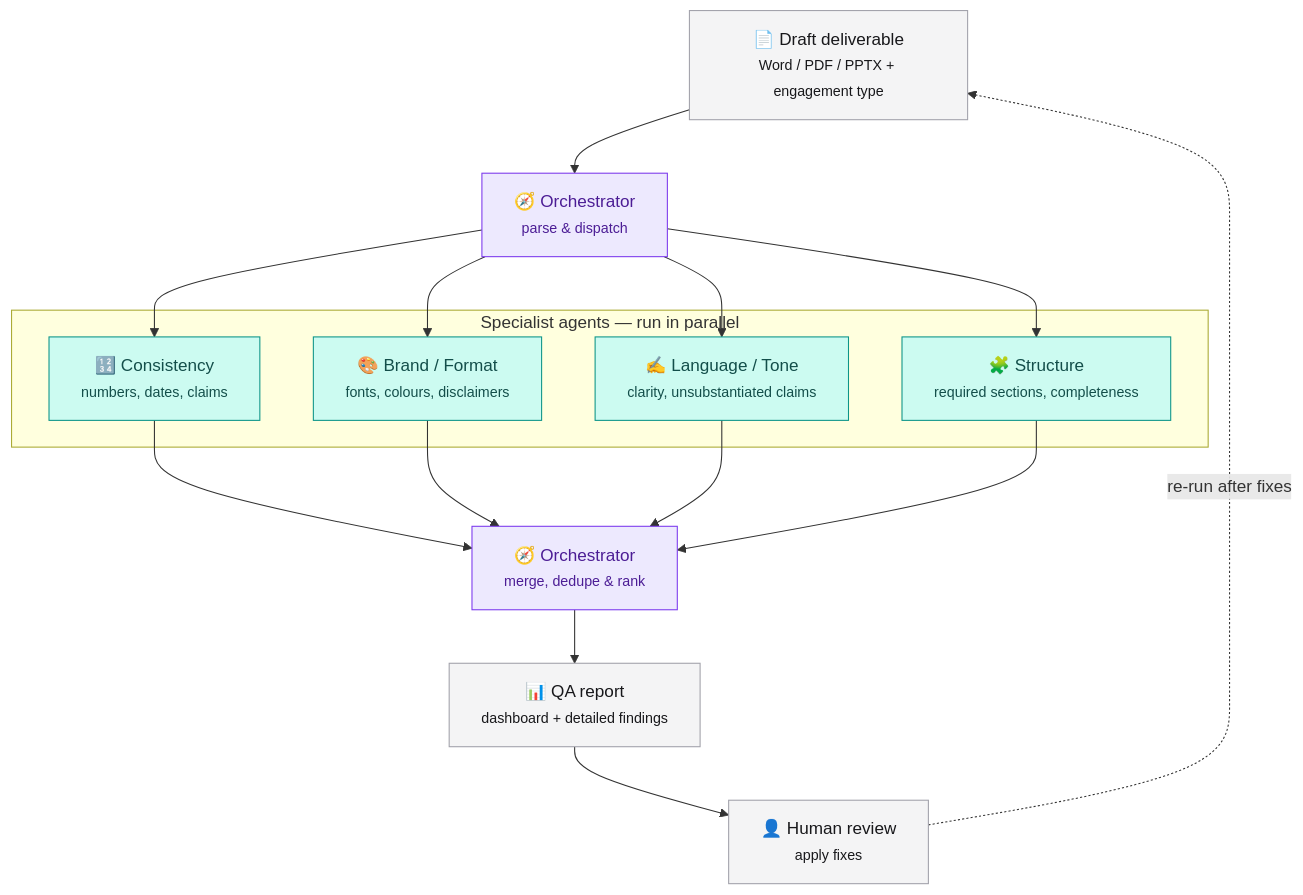
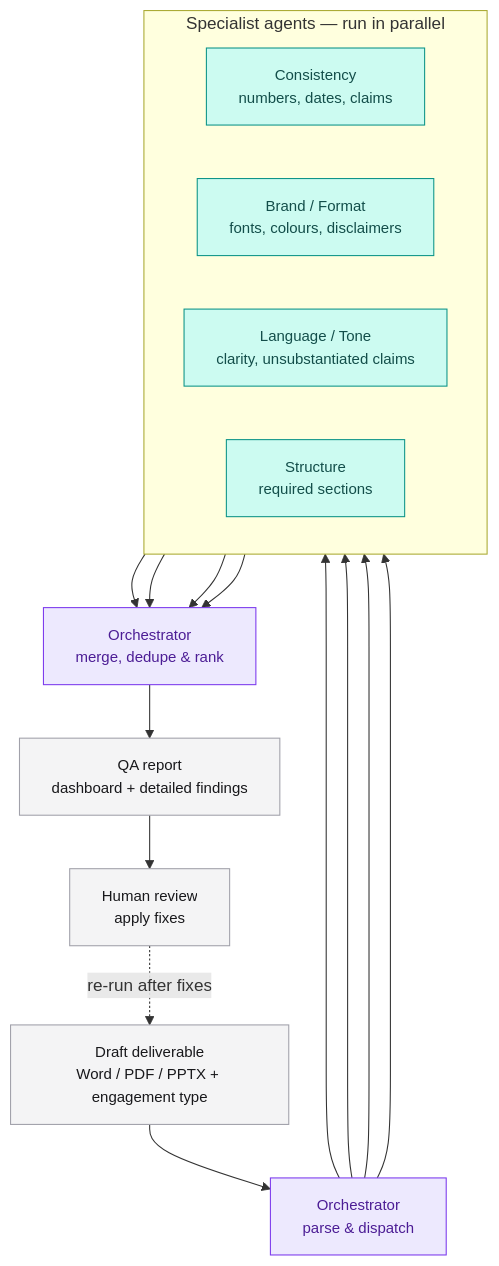
Before and after one commit to arifbazli/deliverableqa-agent: the diagram in README.md, drawn with Mermaid.

Commit message:
Fix diagram text clipping in README

````diff
--- a/README.md
+++ b/README.md
@@ -24,35 +24,36 @@
 ```mermaid
 flowchart TD
-    A["📄 Draft deliverable<br/><small>Word / PDF / PPTX + engagement type</small>"] --> B
+    A["Draft deliverable<br/>Word / PDF / PPTX + engagement type"] --> B
 
-    B["🧭 Orchestrator<br/><small>parse & dispatch</small>"] --> C1
+    B["Orchestrator<br/>parse & dispatch"] --> C1
     B --> C2
     B --> C3
     B --> C4
 
-    subgraph agents ["Specialist agents — run in parallel"]
-        C1["🔢 Consistency<br/><small>numbers, dates, claims</small>"]
-        C2["🎨 Brand / Format<br/><small>fonts, colours, disclaimers</small>"]
-        C3["✍️ Language / Tone<br/><small>clarity, unsubstantiated claims</small>"]
-        C4["🧩 Structure<br/><small>required sections, completeness</small>"]
+    subgraph agents [" Specialist agents — run in parallel "]
+        direction LR
+        C1["Consistency<br/>numbers, dates, claims"]
+        C2["Brand / Format<br/>fonts, colours, disclaimers"]
+        C3["Language / Tone<br/>clarity, unsubstantiated claims"]
+        C4["Structure<br/>required sections"]
     end
 
     C1 --> D
     C2 --> D
     C3 --> D
     C4 --> D
 
-    D["🧭 Orchestrator<br/><small>merge, dedupe & rank</small>"] --> E
-    E["📊 QA report<br/><small>dashboard + detailed findings</small>"] --> F
-    F["👤 Human review<br/><small>apply fixes</small>"] -.->|re-run after fixes| A
+    D["Orchestrator<br/>merge, dedupe & rank"] --> E
+    E["QA report<br/>dashboard + detailed findings"] --> F
+    F["Human review<br/>apply fixes"] -.->|re-run after fixes| A
 
-    classDef input fill:#f4f4f5,stroke:#a1a1aa,color:#18181b
-    classDef control fill:#ede9fe,stroke:#7c3aed,color:#4c1d95
-    classDef agent fill:#ccfbf1,stroke:#0d9488,color:#134e4a
-    classDef output fill:#f4f4f5,stroke:#a1a1aa,color:#18181b
+    classDef input fill:#f4f4f5,stroke:#a1a1aa,color:#18181b,font-size:14px
+    classDef control fill:#ede9fe,stroke:#7c3aed,color:#4c1d95,font-size:14px
+    classDef agent fill:#ccfbf1,stroke:#0d9488,color:#134e4a,font-size:14px
+    classDef output fill:#f4f4f5,stroke:#a1a1aa,color:#18181b,font-size:14px
 
     class A input
     class B,D control
     class C1,C2,C3,C4 agent
     class E,F output
 ```
````
